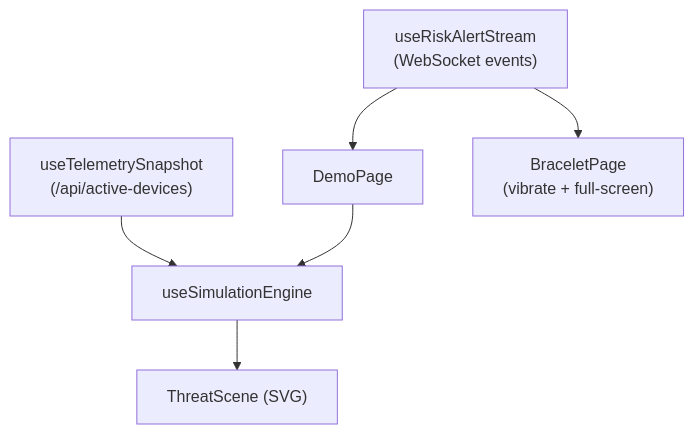
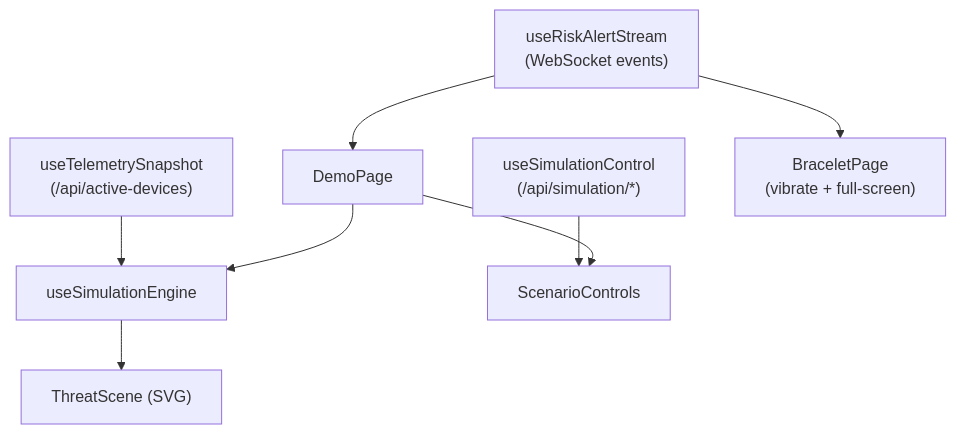
Before and after one commit to SonikLvl/hackathon_future_in_action_2026: the third of 3 diagrams in docs/ARCHITECTURE.md, drawn with Mermaid. The commit also changed other lines of this file and 3 other files, not shown here.

````diff
--- a/docs/ARCHITECTURE.md
+++ b/docs/ARCHITECTURE.md
@@ -242,8 +293,10 @@
 ```mermaid
 flowchart TD
     WS["useRiskAlertStream<br/>(WebSocket events)"] --> DEMO["DemoPage"]
     POLL["useTelemetrySnapshot<br/>(/api/active-devices)"] --> ENGINE["useSimulationEngine"]
+    SIMCTL["useSimulationControl<br/>(/api/simulation/*)"] --> CONTROLS["ScenarioControls"]
     DEMO --> ENGINE
+    DEMO --> CONTROLS
     ENGINE --> SCENE["ThreatScene (SVG)"]
     WS --> BR["BraceletPage<br/>(vibrate + full-screen)"]
 ```
````
